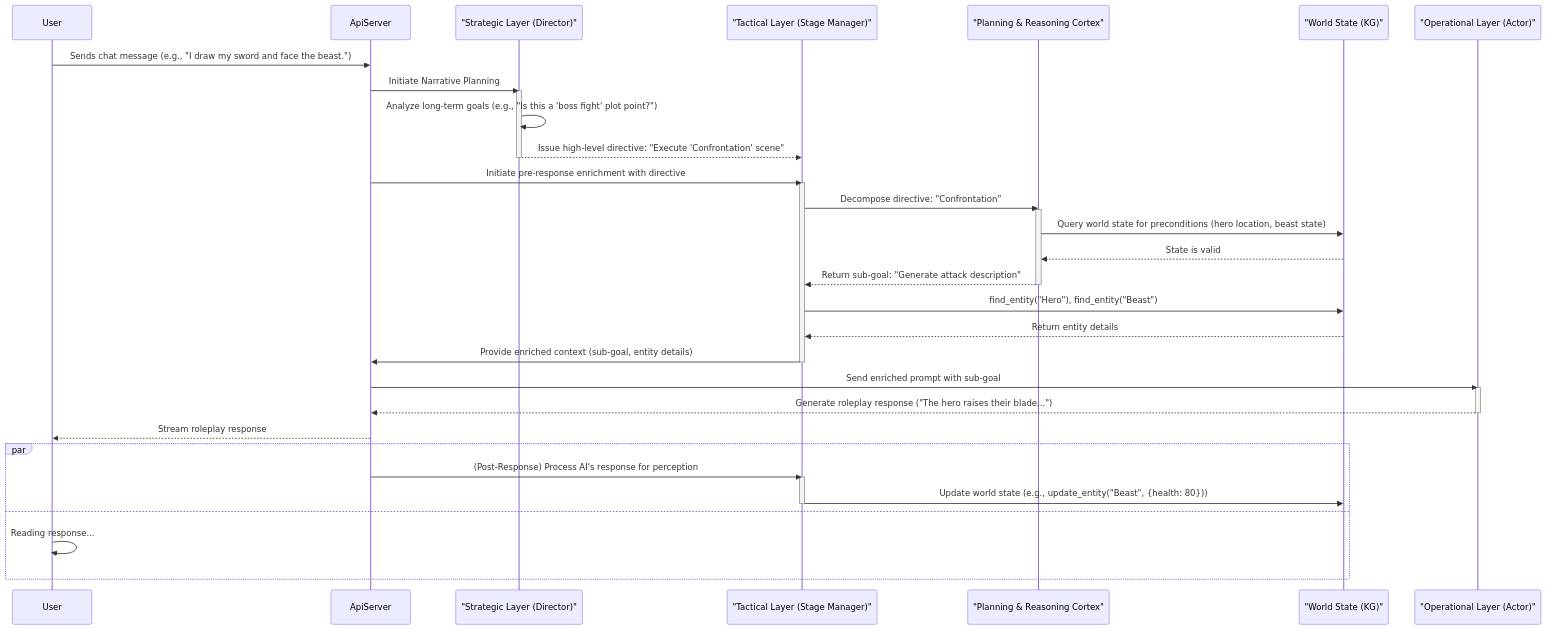
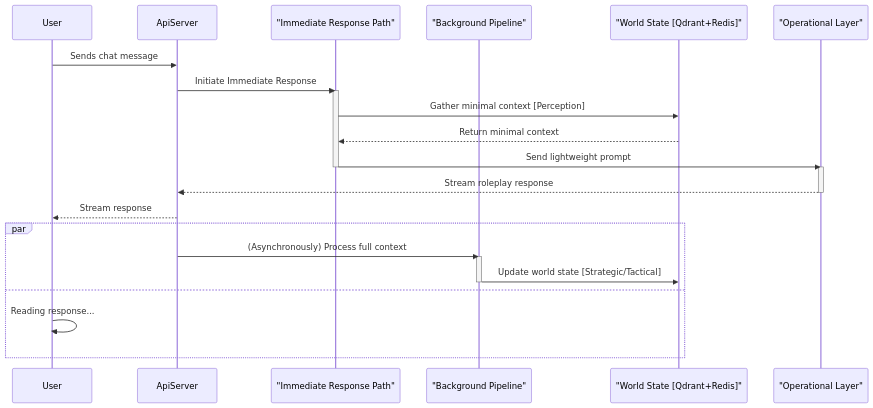
One commit to sanguinehost/scribe changed the diagram in docs/SANGUINE_SCRIBE_LIVING_WORLD_ARCHITECTURE.md. Above: the diagram before and after it, drawn with Mermaid. The commit also changed other lines of this file and 17 other files, not shown here.

````diff
--- a/docs/SANGUINE_SCRIBE_LIVING_WORLD_ARCHITECTURE.md
+++ b/docs/SANGUINE_SCRIBE_LIVING_WORLD_ARCHITECTURE.md
@@ -47,50 +66,32 @@
 ```mermaid
 sequenceDiagram
     participant User
     participant ApiServer
-    participant StrategicAgent as "Strategic Layer (Director)"
-    participant TacticalAgent as "Tactical Layer (Stage Manager)"
-    participant PlanningCortex as "Planning & Reasoning Cortex"
-    participant EcsAndVectorDB as "World State (KG)"
-    participant RoleplayAI as "Operational Layer (Actor)"
+    participant ImmediatePath as "Immediate Response Path"
+    participant BackgroundPipeline as "Background Pipeline"
+    participant EcsAndVectorDB as "World State [Qdrant+Redis]"
+    participant RoleplayAI as "Operational Layer"
 
-    User->>ApiServer: Sends chat message (e.g., "I draw my sword and face the beast.")
-
-    ApiServer->>StrategicAgent: Initiate Narrative Planning
-    activate StrategicAgent
-    StrategicAgent->>StrategicAgent: Analyze long-term goals (e.g., "Is this a 'boss fight' plot point?")
-    StrategicAgent-->>TacticalAgent: Issue high-level directive: "Execute 'Confrontation' scene"
-    deactivate StrategicAgent
-
-    ApiServer->>TacticalAgent: Initiate pre-response enrichment with directive
-    activate TacticalAgent
-
-    TacticalAgent->>PlanningCortex: Decompose directive: "Confrontation"
-    activate PlanningCortex
-    PlanningCortex->>EcsAndVectorDB: Query world state for preconditions (hero location, beast state)
-    EcsAndVectorDB-->>PlanningCortex: State is valid
-    PlanningCortex-->>TacticalAgent: Return sub-goal: "Generate attack description"
-    deactivate PlanningCortex
-
-    TacticalAgent->>EcsAndVectorDB: find_entity("Hero"), find_entity("Beast")
-    EcsAndVectorDB-->>TacticalAgent: Return entity details
+    User->>ApiServer: Sends chat message
+    ApiServer->>ImmediatePath: Initiate Immediate Response
+    activate ImmediatePath
+    ImmediatePath->>EcsAndVectorDB: Gather minimal context [Perception]
+    EcsAndVectorDB-->>ImmediatePath: Return minimal context
+    ImmediatePath->>RoleplayAI: Send lightweight prompt
+    deactivate ImmediatePath
     
-    TacticalAgent->>ApiServer: Provide enriched context (sub-goal, entity details)
-    deactivate TacticalAgent
-
-    ApiServer->>RoleplayAI: Send enriched prompt with sub-goal
     activate RoleplayAI
-    RoleplayAI-->>ApiServer: Generate roleplay response ("The hero raises their blade...")
+    RoleplayAI-->>ApiServer: Stream roleplay response
     deactivate RoleplayAI
-
-    ApiServer-->>User: Stream roleplay response
-
+    
+    ApiServer-->>User: Stream response
+    
     par
-        ApiServer->>TacticalAgent: (Post-Response) Process AI's response for perception
-        activate TacticalAgent
-        TacticalAgent->>EcsAndVectorDB: Update world state (e.g., update_entity("Beast", {health: 80}))
-        deactivate TacticalAgent
+        ApiServer->>BackgroundPipeline: (Asynchronously) Process full context
+        activate BackgroundPipeline
+        BackgroundPipeline->>EcsAndVectorDB: Update world state [Strategic/Tactical]
+        deactivate BackgroundPipeline
     and
         User->>User: Reading response...
     end
 ```
````
